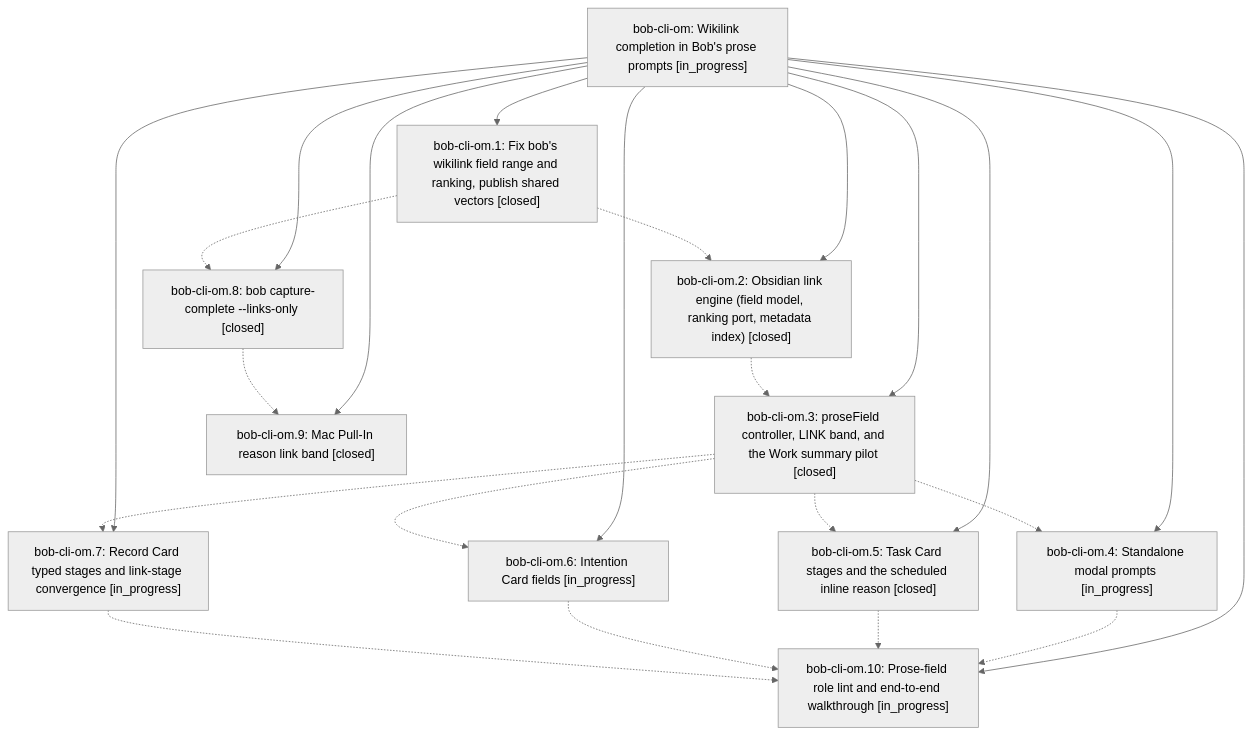
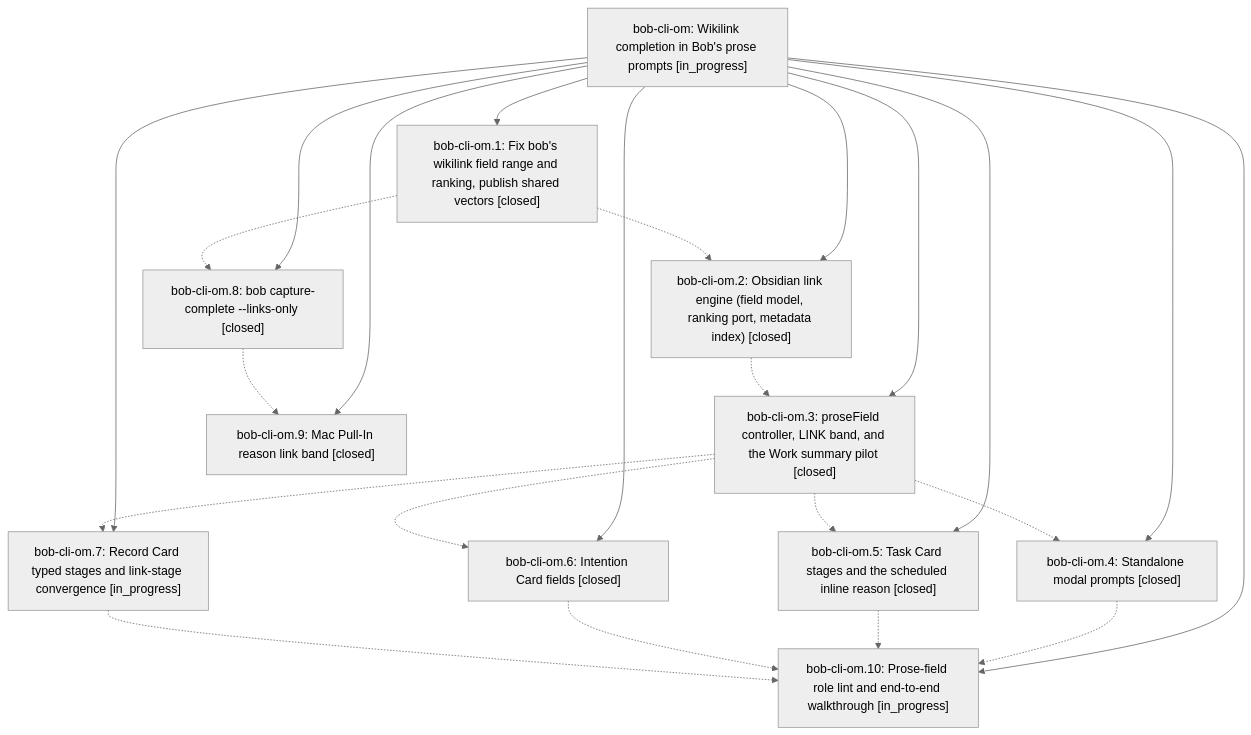
The diagram in pages/bob-cli-om/README.md (bobs-org/bob-cli--beads), drawn with Mermaid (neutral theme) before and after one commit. The commit also changed other lines of this file and 6 other files, not shown here.

First line of the commit message:
chore(beads): sync bead state and pages for bob-cli-om

````diff
--- a/pages/bob-cli-om/README.md
+++ b/pages/bob-cli-om/README.md
@@ -45,36 +45,36 @@
 ```mermaid
 flowchart TD
     n0["bob-cli-om: Wikilink completion in Bob's prose prompts [in_progress]"]
     n1["bob-cli-om.1: Fix bob's wikilink field range and ranking, publish shared vectors [closed]"]
     n2["bob-cli-om.10: Prose-field role lint and end-to-end walkthrough [in_progress]"]
     n3["bob-cli-om.2: Obsidian link engine (field model, ranking port, metadata index) [closed]"]
     n4["bob-cli-om.3: proseField controller, LINK band, and the Work summary pilot [closed]"]
-    n5["bob-cli-om.4: Standalone modal prompts [in_progress]"]
+    n5["bob-cli-om.4: Standalone modal prompts [closed]"]
     n6["bob-cli-om.5: Task Card stages and the scheduled inline reason [closed]"]
-    n7["bob-cli-om.6: Intention Card fields [in_progress]"]
+    n7["bob-cli-om.6: Intention Card fields [closed]"]
     n8["bob-cli-om.7: Record Card typed stages and link-stage convergence [in_progress]"]
     n9["bob-cli-om.8: bob capture-complete --links-only [closed]"]
     n10["bob-cli-om.9: Mac Pull-In reason link band [closed]"]
     n0 --> n1
     n0 --> n2
     n0 --> n3
     n0 --> n4
     n0 --> n5
     n0 --> n6
     n0 --> n7
     n0 --> n8
     n0 --> n9
     n0 --> n10
     n1 -.-> n3
     n1 -.-> n9
     n3 -.-> n4
     n4 -.-> n5
     n4 -.-> n6
     n4 -.-> n7
     n4 -.-> n8
     n5 -.-> n2
     n6 -.-> n2
     n7 -.-> n2
     n8 -.-> n2
     n9 -.-> n10
 ```
````
